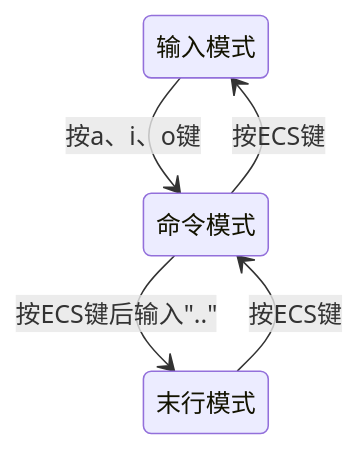
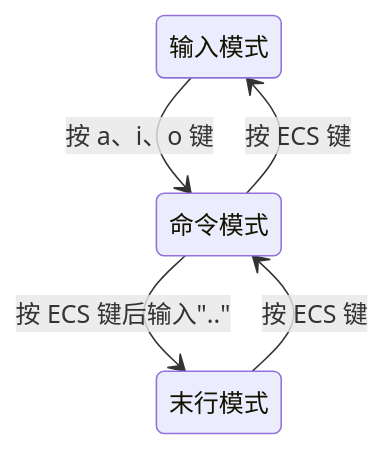
The diagram in Linux/Tutorial/Chapter 2 文件和目录管理/9 vi文本编辑器.md (WouNice/General-Notes), drawn with Mermaid before and after one commit. The commit also changed other lines of this file and 163 other files, not shown here.

````diff
--- a/Linux/Tutorial/Chapter 2 文件和目录管理/9 vi文本编辑器.md
+++ b/Linux/Tutorial/Chapter 2 文件和目录管理/9 vi文本编辑器.md
@@ -15,7 +15,7 @@
 ```mermaid
 stateDiagram-v2
-    输入模式 -->命令模式: 按a、i、o键
-    命令模式 -->输入模式: 按ECS键
-    末行模式 -->命令模式: 按ECS键
-	命令模式 -->末行模式: 按ECS键后输入".."
+    输入模式 -->命令模式: 按 a、i、o 键
+    命令模式 -->输入模式: 按 ECS 键
+    末行模式 -->命令模式: 按 ECS 键
+	命令模式 -->末行模式: 按 ECS 键后输入".."
 ```
````
